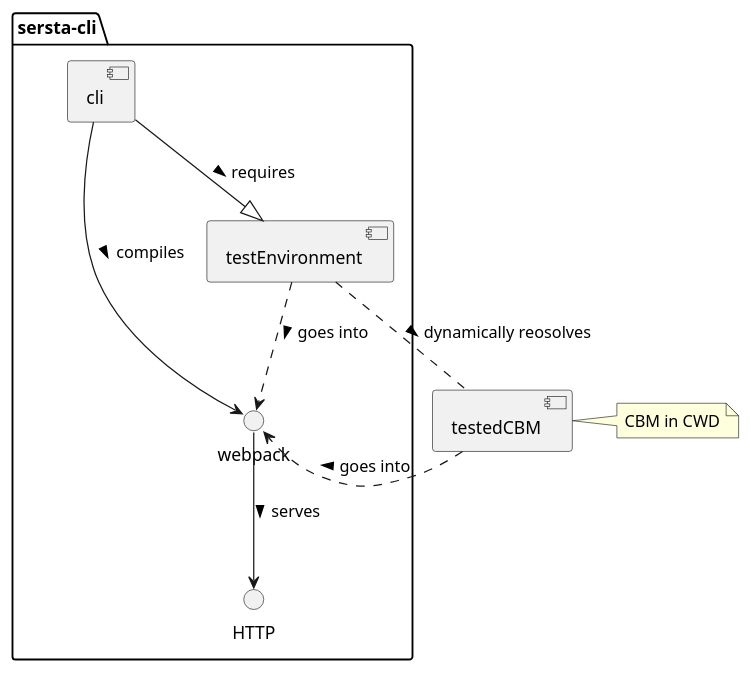
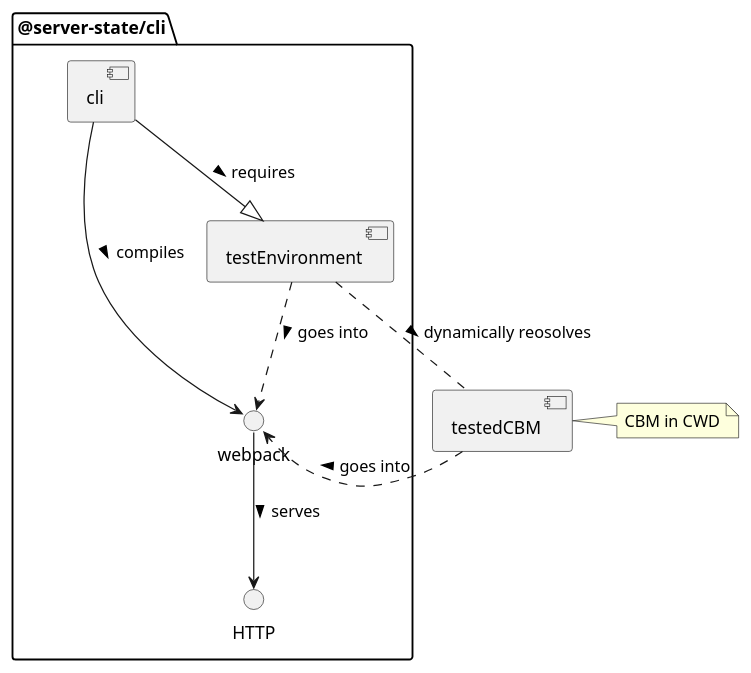
The diagram in terminology/cli.md (server-state/specs), drawn with PlantUML before and after one commit.

Commit message:
- Fixes in the specs

````diff
--- a/terminology/cli.md
+++ b/terminology/cli.md
@@ -25,22 +25,22 @@
 ```plantuml
 @startuml
 component testedCBM
 note right
     CBM in CWD
 end note
 
-package "sersta-cli" {
+package "@server-state/cli" {
 component "cli"
 component testEnvironment
 
 [cli] --|> [testEnvironment]: > requires
 
 [cli] --> webpack: > compiles
 webpack --> HTTP: > serves
 [testEnvironment] ..> webpack: > goes into
 [testedCBM] ..> webpack: > goes into
 }
 
 [testEnvironment] .. [testedCBM]: > dynamically reosolves
 @enduml
 ```
````
